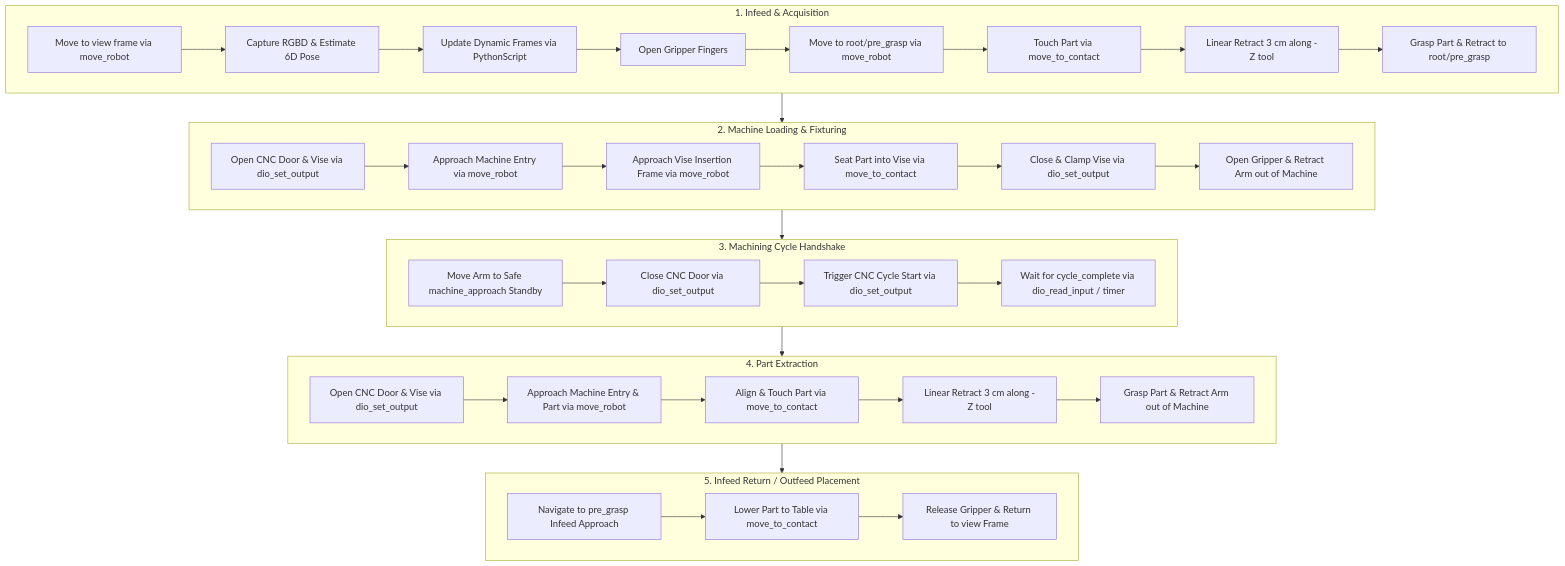
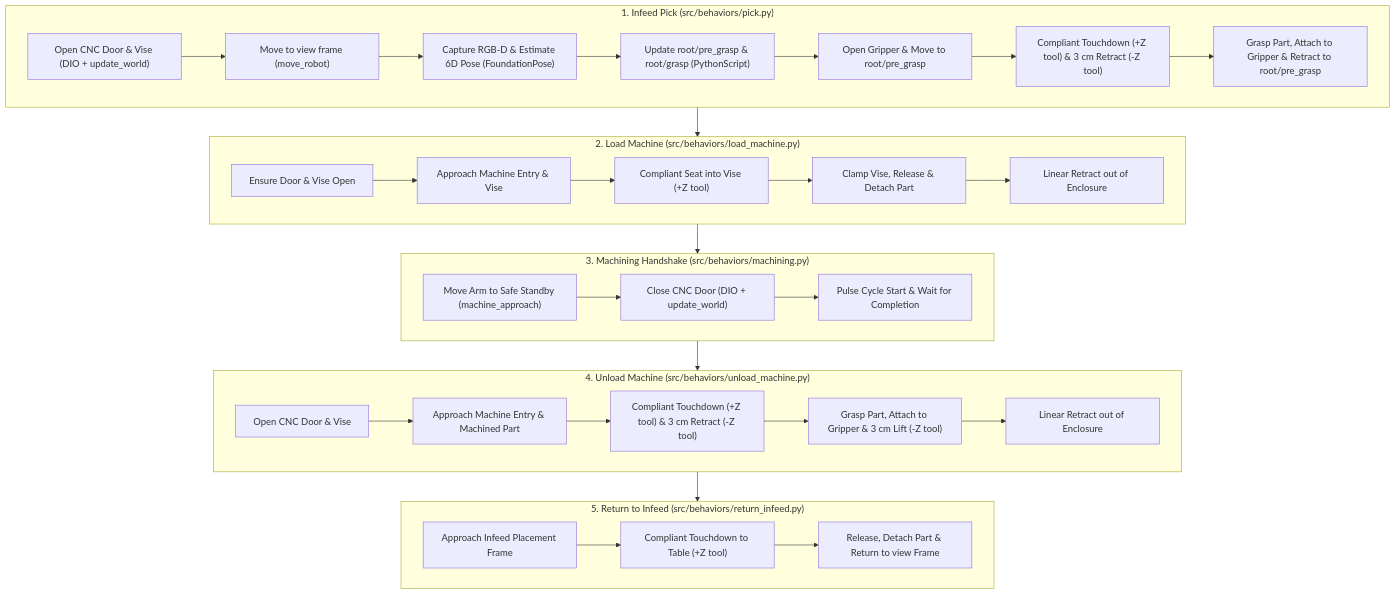
The diagram in README.md (intrinsic-ai/intrinsic-omts), drawn with Mermaid before and after one commit. The commit also changed other lines of this file and 42 other files, not shown here.

First line of the commit message:
Refine documentation for open-source release and remove legacy local path/tool hacks (#109)

````diff
--- a/README.md
+++ b/README.md
@@ -21,43 +35,37 @@
 ```mermaid
 flowchart TD
-    subgraph INFEED["1. Infeed & Acquisition"]
-        A1[Move to view frame via move_robot] --> A2[Capture RGBD & Estimate 6D Pose]
-        A2 --> A3[Update Dynamic Frames via PythonScript]
-        A3 --> A4[Open Gripper Fingers]
-        A4 --> A5[Move to root/pre_grasp via move_robot]
-        A5 --> A6[Touch Part via move_to_contact]
-        A6 --> A7[Linear Retract 3 cm along -Z tool]
-        A7 --> A8[Grasp Part & Retract to root/pre_grasp]
+    subgraph INFEED["1. Infeed Pick (src/behaviors/pick.py)"]
+        A1["Open CNC Door & Vise (DIO + update_world)"] --> A2["Move to view frame (move_robot)"]
+        A2 --> A3["Capture RGB-D & Estimate 6D Pose (FoundationPose)"]
+        A3 --> A4["Update root/pre_grasp & root/grasp (PythonScript)"]
+        A4 --> A5["Open Gripper & Move to root/pre_grasp"]
+        A5 --> A6["Compliant Touchdown (+Z tool) & 3 cm Retract (-Z tool)"]
+        A6 --> A7["Grasp Part, Attach to Gripper & Retract to root/pre_grasp"]
     end
 
-    subgraph CNC_LOAD["2. Machine Loading & Fixturing"]
-        B1[Open CNC Door & Vise via dio_set_output] --> B2[Approach Machine Entry via move_robot]
-        B2 --> B3[Approach Vise Insertion Frame via move_robot]
-        B3 --> B4[Seat Part into Vise via move_to_contact]
-        B4 --> B5[Close & Clamp Vise via dio_set_output]
-        B5 --> B6[Open Gripper & Retract Arm out of Machine]
+    subgraph CNC_LOAD["2. Load Machine (src/behaviors/load_machine.py)"]
+        B1["Ensure Door & Vise Open"] --> B2["Approach Machine Entry & Vise"]
+        B2 --> B3["Compliant Seat into Vise (+Z tool)"]
+        B3 --> B4["Clamp Vise, Release & Detach Part"]
+        B4 --> B5["Linear Retract out of Enclosure"]
     end
 
-    subgraph MACHINING["3. Machining Cycle Handshake"]
-        C1[Move Arm to Safe machine_approach Standby] --> C2[Close CNC Door via dio_set_output]
-        C2 --> C3[Trigger CNC Cycle Start via dio_set_output]
-        C3 --> C4[Wait for cycle_complete via dio_read_input / timer]
+    subgraph MACHINING["3. Machining Handshake (src/behaviors/machining.py)"]
+        C1["Move Arm to Safe Standby (machine_approach)"] --> C2["Close CNC Door (DIO + update_world)"]
+        C2 --> C3["Pulse Cycle Start & Wait for Completion"]
     end
 
-    subgraph CNC_UNLOAD["4. Part Extraction"]
-        D1[Open CNC Door & Vise via dio_set_output] --> D2[Approach Machine Entry & Part via move_robot]
-        D2 --> D3[Align & Touch Part via move_to_contact]
-        D3 --> D4[Linear Retract 3 cm along -Z tool]
-        D4 --> D5[Grasp Part & Retract Arm out of Machine]
+    subgraph CNC_UNLOAD["4. Unload Machine (src/behaviors/unload_machine.py)"]
+        D1["Open CNC Door & Vise"] --> D2["Approach Machine Entry & Machined Part"]
+        D2 --> D3["Compliant Touchdown (+Z tool) & 3 cm Retract (-Z tool)"]
+        D3 --> D4["Grasp Part, Attach to Gripper & 3 cm Lift (-Z tool)"]
+        D4 --> D5["Linear Retract out of Enclosure"]
     end
 
-    subgraph OUTFEED["5. Infeed Return / Outfeed Placement"]
-        E1[Navigate to pre_grasp Infeed Approach] --> E2[Lower Part to Table via move_to_contact]
-        E2 --> E3[Release Gripper & Return to view Frame]
+    subgraph OUTFEED["5. Return to Infeed (src/behaviors/return_infeed.py)"]
+        E1["Approach Infeed Placement Frame"] --> E2["Compliant Touchdown to Table (+Z tool)"]
+        E2 --> E3["Release, Detach Part & Return to view Frame"]
     end
 
-    INFEED --> CNC_LOAD
-    CNC_LOAD --> MACHINING
-    MACHINING --> CNC_UNLOAD
-    CNC_UNLOAD --> OUTFEED
+    INFEED --> CNC_LOAD --> MACHINING --> CNC_UNLOAD --> OUTFEED
 ```
````
